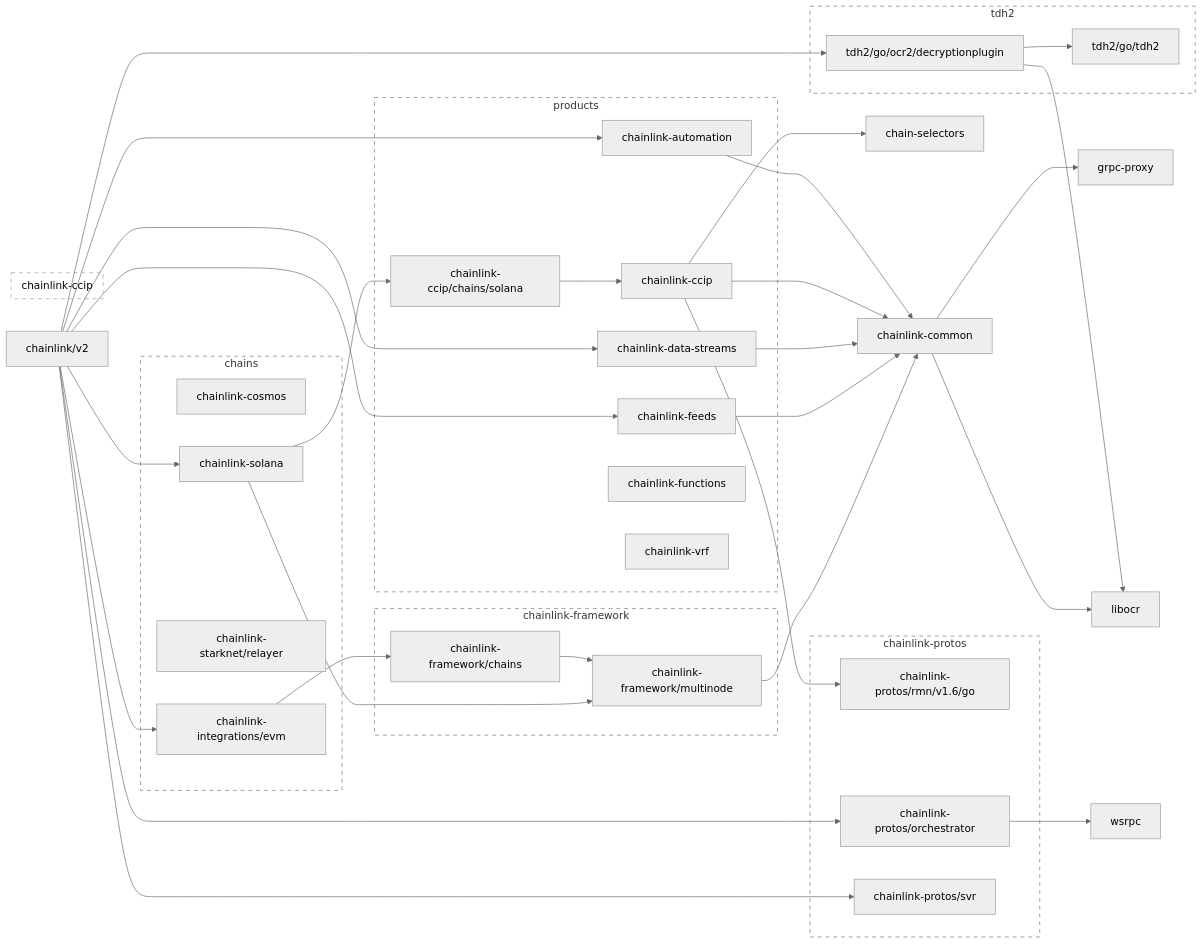
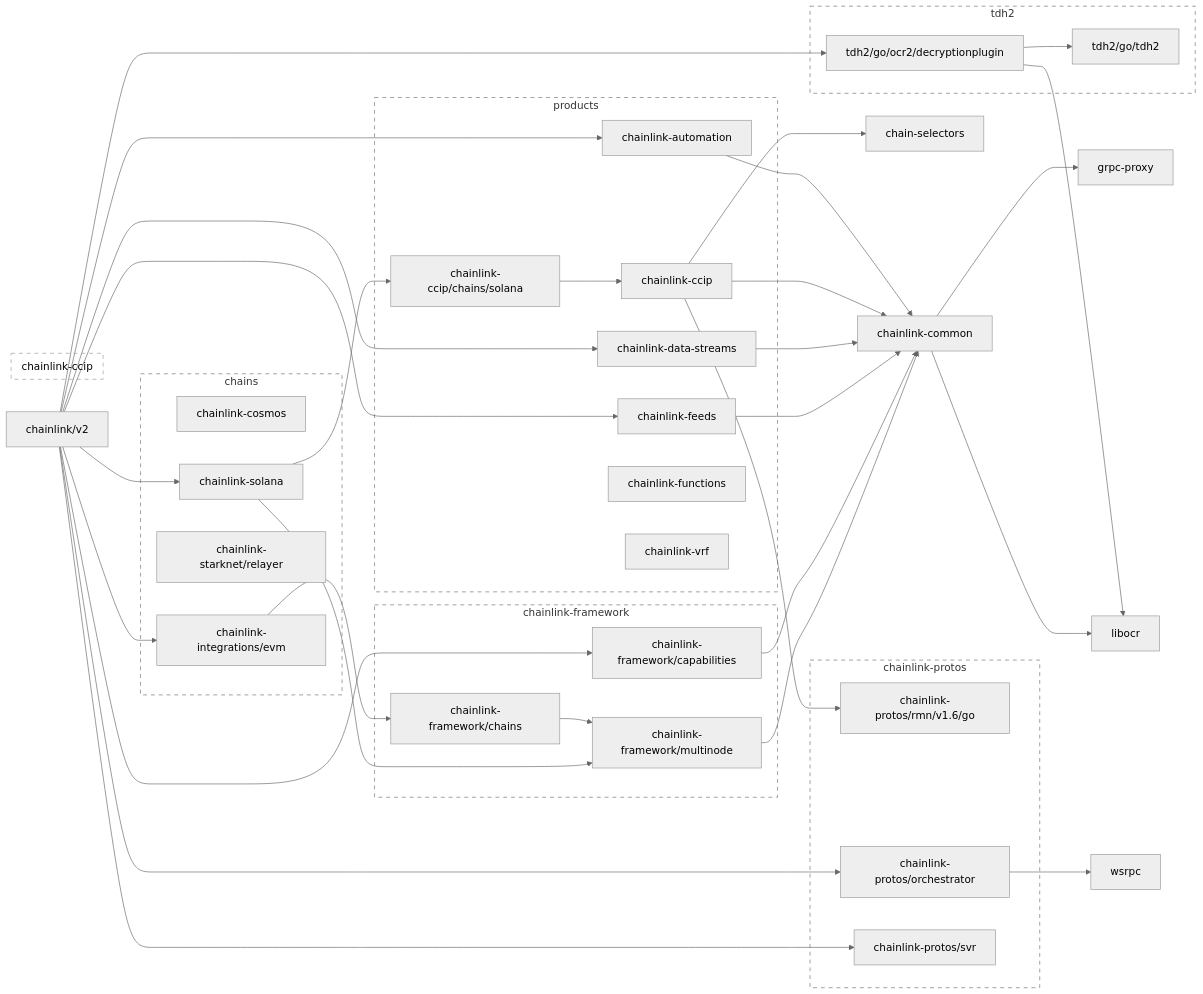
The first of 2 diagrams in go.md (smartcontractkit/chainlink), drawn with Mermaid (neutral theme) before and after one commit. The commit also changed other lines of this file and 21 other files, not shown here.

```diff
--- a/go.md
+++ b/go.md
@@ -39,6 +39,8 @@
 	click chainlink-data-streams href "https://github.com/smartcontractkit/chainlink-data-streams"
 	chainlink-feeds --> chainlink-common
 	click chainlink-feeds href "https://github.com/smartcontractkit/chainlink-feeds"
+	chainlink-framework/capabilities --> chainlink-common
+	click chainlink-framework/capabilities href "https://github.com/smartcontractkit/chainlink-framework"
 	chainlink-framework/chains --> chainlink-framework/multinode
 	click chainlink-framework/chains href "https://github.com/smartcontractkit/chainlink-framework"
 	chainlink-framework/multinode --> chainlink-common
@@ -57,6 +59,7 @@
 	chainlink/v2 --> chainlink-automation
 	chainlink/v2 --> chainlink-data-streams
 	chainlink/v2 --> chainlink-feeds
+	chainlink/v2 --> chainlink-framework/capabilities
 	chainlink/v2 --> chainlink-integrations/evm
 	chainlink/v2 --> chainlink-protos/orchestrator
 	chainlink/v2 --> chainlink-protos/svr
@@ -82,6 +85,7 @@
 	click chainlink-ccip-repo href "https://github.com/smartcontractkit/chainlink-ccip"
 
 	subgraph chainlink-framework-repo[chainlink-framework]
+		 chainlink-framework/capabilities
 		 chainlink-framework/chains
 		 chainlink-framework/multinode
 	end
```
